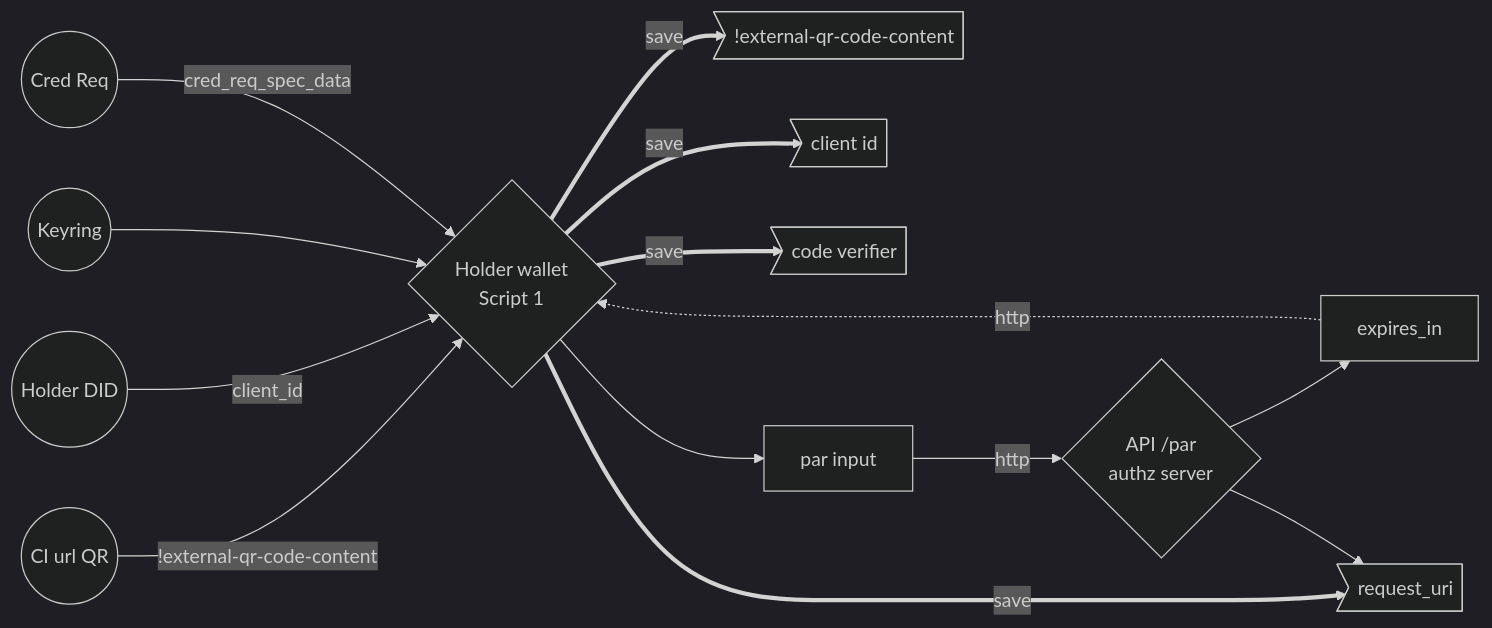
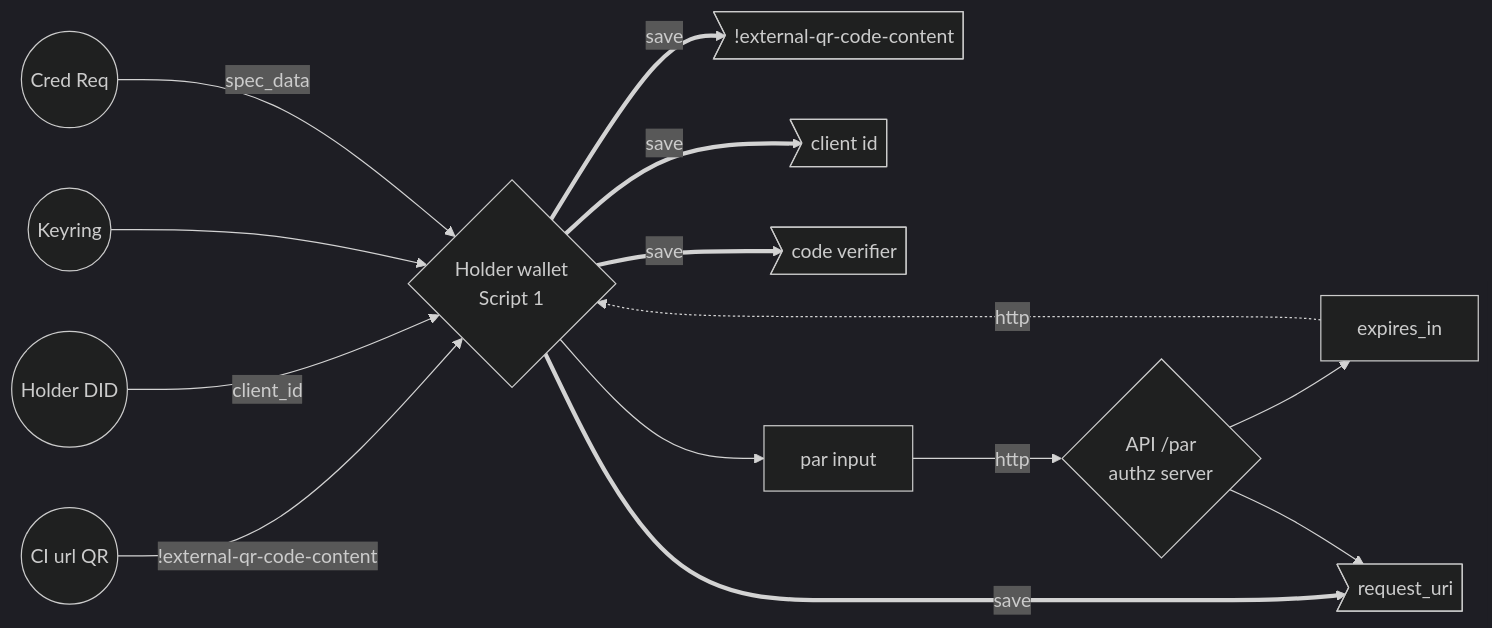
The second of 4 diagrams in wallet/auth-flow.md (ForkbombEu/mobile_zencode), drawn with Mermaid (dark theme) before and after one commit. The commit also changed other lines of this file, not shown here.

Commit message:
group static settings in req spec

````diff
--- a/wallet/auth-flow.md
+++ b/wallet/auth-flow.md
@@ -34,15 +34,15 @@
 ```mermaid
 flowchart LR
     A((CI url QR)) -->|!external-qr-code-content| B
     D((Holder DID)) -->|client_id| B
     K((Keyring)) --> B
-    R((Cred Req)) -->|cred_req_spec_data| B
+    R((Cred Req)) -->|spec_data| B
     B{Holder wallet\nScript 1}
     B ==>|save| qr>!external-qr-code-content]
     B ==>|save| id>client id]
     B ==>|save| code_verifier>code verifier]
     B --> par_input[par input] -->|http| par{API /par\nauthz server}
     par --> exp[expires_in] .->|http| B
     B ==>|save| requr>request_uri]
     par -->requr
 ```
````
